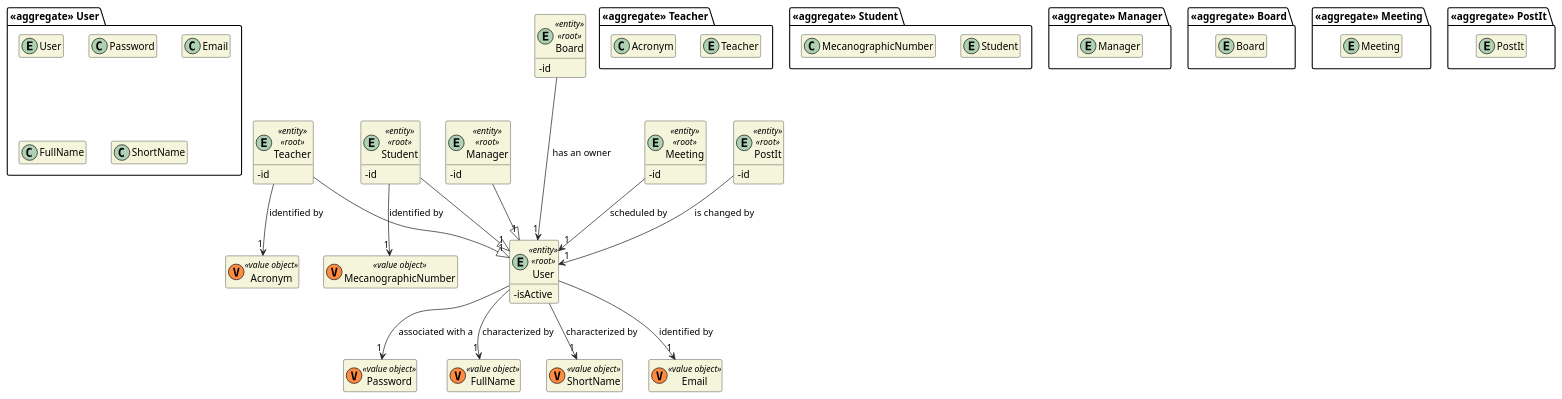
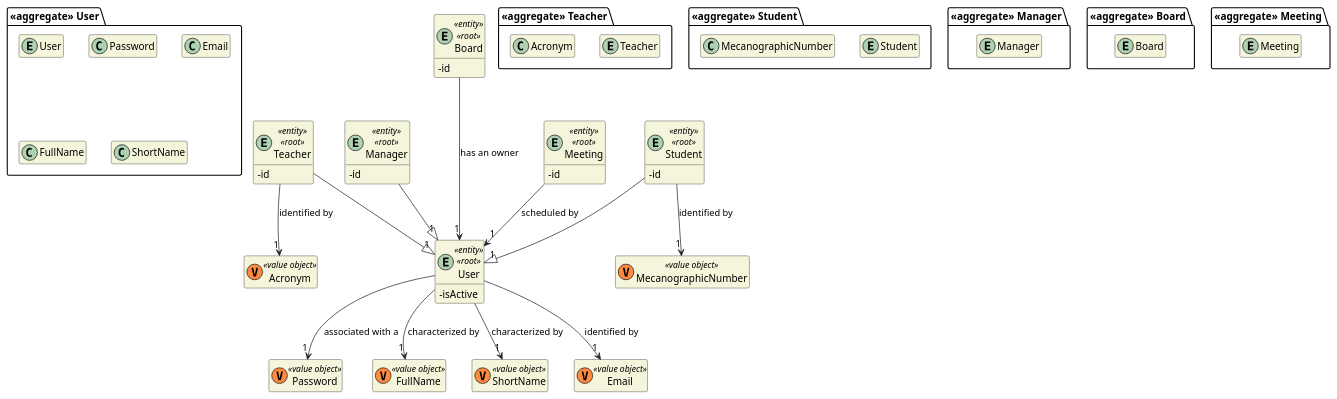
Before and after one commit to miseEnPlace-dev/lapr4: the diagram in docs/dm/DM_User.puml, drawn with PlantUML. The commit also changed 5 other files, not shown here.

```diff
--- a/docs/dm/DM_User.puml
+++ b/docs/dm/DM_User.puml
@@ -1,103 +1,93 @@
 @startuml DM-USER
 'https://plantuml.com/class-diagram
 
 skinparam classAttributeIconSize 0
 hide empty attributes
 hide empty methods
 skinparam classBackgroundColor beige
 skinparam ArrowColor #222222
 
 package "<<aggregate>> User" {
   entity User
   class Password
   class Email
   class FullName
   class ShortName
 }
 
 entity User <<entity>> <<root>> {
   - isActive
 }
 
 entity User
 
 class Password <<(V,#FF8B40) value object>> {}
 class FullName <<(V,#FF8B40) value object>> {}
 class ShortName <<(V,#FF8B40) value object>> {}
 class Email <<(V,#FF8B40) value object>> {}
 
 User --> "1" Password : associated with a
 User --> "1" FullName : characterized by
 User --> "1" ShortName : characterized by
 User --> "1" Email : identified by
 
 package "<<aggregate>> Teacher" {
   entity Teacher
   class Acronym
 }
 
 
 entity Teacher <<entity>> <<root>> {
   - id
 }
 
 package "<<aggregate>> Student" {
   entity Student
   class MecanographicNumber
 }
 
 
 entity Student <<entity>> <<root>> {
   - id
 }
 
 package "<<aggregate>> Manager" {
   entity Manager
 }
 
 entity Manager <<entity>> <<root>> {
   - id
 }
 
 package "<<aggregate>> Board" {
   entity Board
 }
 
 entity Board <<entity>> <<root>> {
   - id
 }
 
 package "<<aggregate>> Meeting" {
   entity Meeting
 }
 
 entity Meeting <<entity>> <<root>> {
   - id
 }
 
-package "<<aggregate>> PostIt" {
-  entity PostIt
-}
-
-entity PostIt <<entity>> <<root>> {
-  - id
-}
-
 class Acronym <<(V,#FF8B40) value object>> {}
 class MecanographicNumber <<(V,#FF8B40) value object>> {}
 
 Student --> "1" MecanographicNumber : identified by
 ' Sprint 1 clarifications - question 18: "I think it would be wise to enforce that acronyms be unique" -> identified by
 Teacher --> "1" Acronym : identified by
 
 Teacher --|> "1" User
 Student --|> "1" User
 Manager --|> "1" User
 
 Board ---> "1" User : has an owner
 
-PostIt --> "1" User : is changed by
-
 Meeting --> "1" User : scheduled by
 
 @enduml
```
